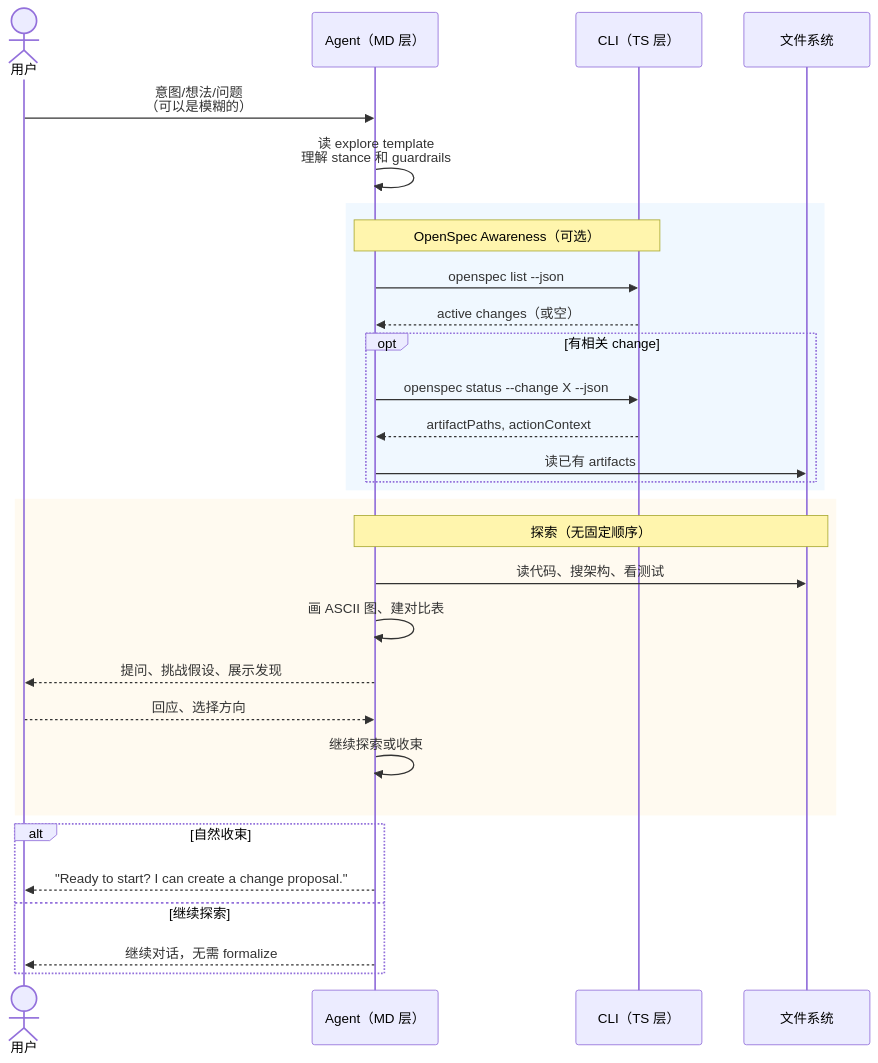
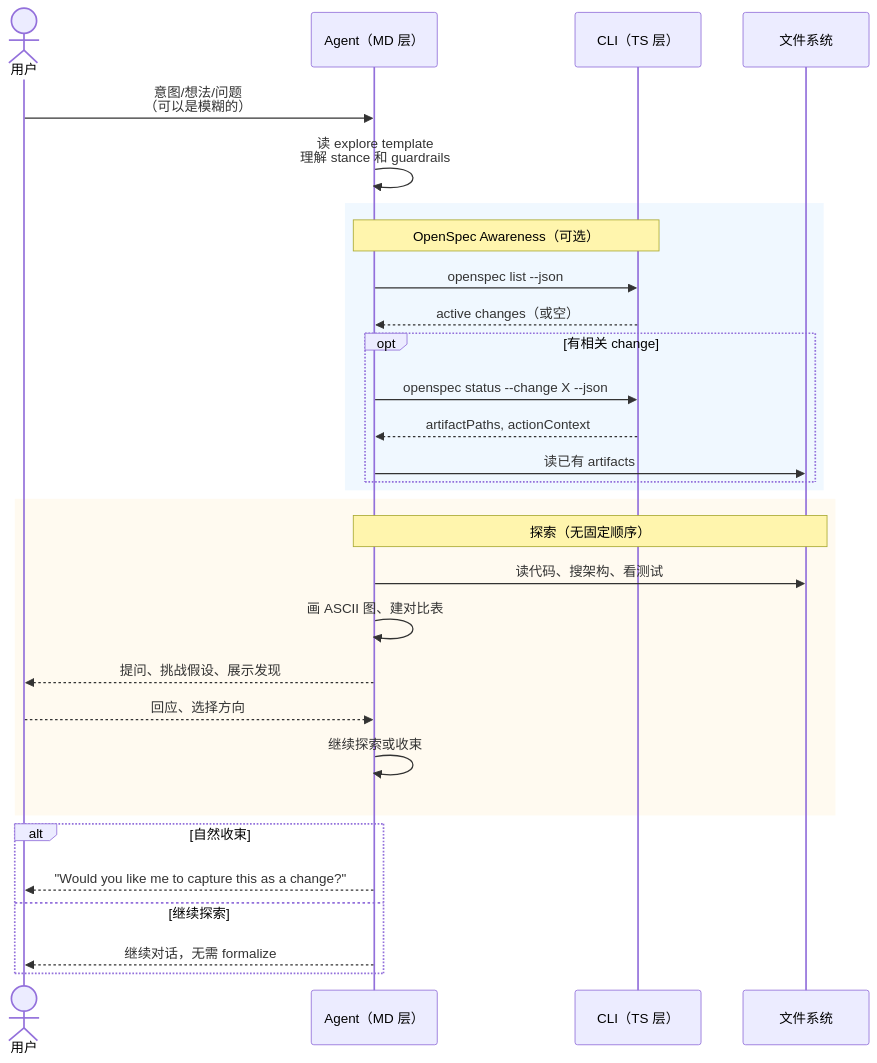
Before and after one commit to ethan-jiang-3/OpenSpec: the diagram in _digested/workflows/01-explore.md, drawn with Mermaid. The commit also changed other lines of this file and 190 other files, not shown here.

````diff
--- a/_digested/workflows/01-explore.md
+++ b/_digested/workflows/01-explore.md
@@ -56,36 +56,36 @@
 ```mermaid
 sequenceDiagram
     actor User as 用户
     participant MD as Agent（MD 层）
     participant TS as CLI（TS 层）
     participant FS as 文件系统
 
     User->>MD: 意图/想法/问题<br/>（可以是模糊的）
     MD->>MD: 读 explore template<br/>理解 stance 和 guardrails
 
     rect rgb(240, 248, 255)
         Note over MD,TS: OpenSpec Awareness（可选）
         MD->>TS: openspec list --json
         TS-->>MD: active changes（或空）
         opt 有相关 change
             MD->>TS: openspec status --change X --json
             TS-->>MD: artifactPaths, actionContext
             MD->>FS: 读已有 artifacts
         end
     end
 
     rect rgb(255, 250, 240)
         Note over MD,FS: 探索（无固定顺序）
         MD->>FS: 读代码、搜架构、看测试
         MD->>MD: 画 ASCII 图、建对比表
         MD-->>User: 提问、挑战假设、展示发现
         User-->>MD: 回应、选择方向
         MD->>MD: 继续探索或收束
     end
 
     alt 自然收束
-        MD-->>User: "Ready to start? I can create a change proposal."
+        MD-->>User: "Would you like me to capture this as a change?"
     else 继续探索
         MD-->>User: 继续对话，无需 formalize
     end
 ```
````
